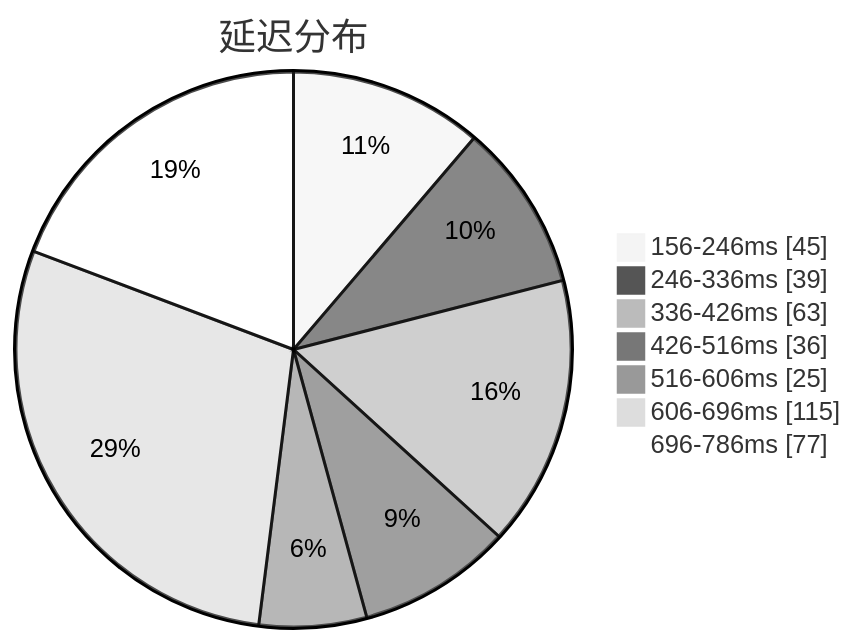
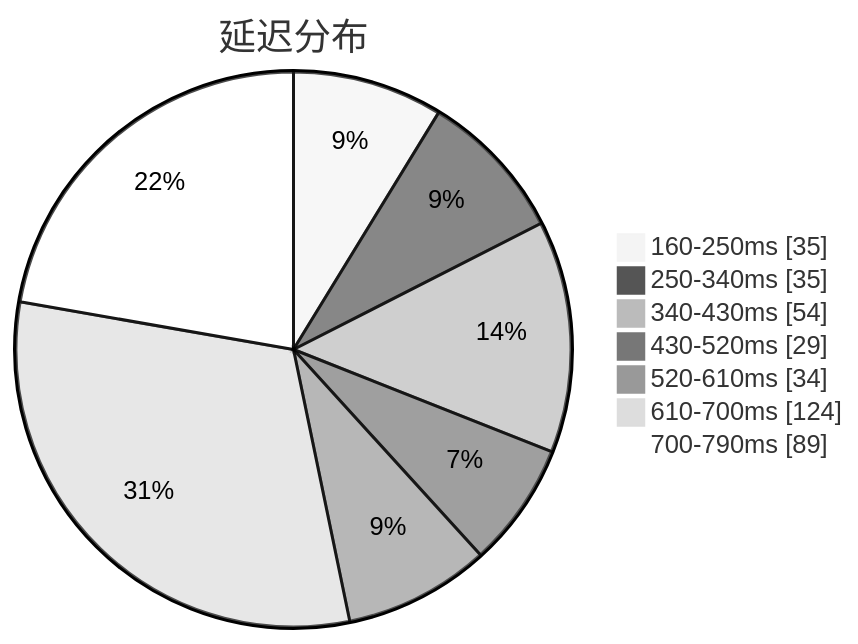
The first of 3 diagrams in subs/statistics/tested_within.md (qjlxg/airport), drawn with Mermaid (neutral theme) before and after one commit. The commit also changed other lines of this file and 2 other files, not shown here.

````diff
--- a/subs/statistics/tested_within.md
+++ b/subs/statistics/tested_within.md
@@ -2,11 +2,11 @@
 ```mermaid
 pie showData
 title 延迟分布
-"156-246ms" : 45
-"246-336ms" : 39
-"336-426ms" : 63
-"426-516ms" : 36
-"516-606ms" : 25
-"606-696ms" : 115
-"696-786ms" : 77
+"160-250ms" : 35
+"250-340ms" : 35
+"340-430ms" : 54
+"430-520ms" : 29
+"520-610ms" : 34
+"610-700ms" : 124
+"700-790ms" : 89
 ```
````
